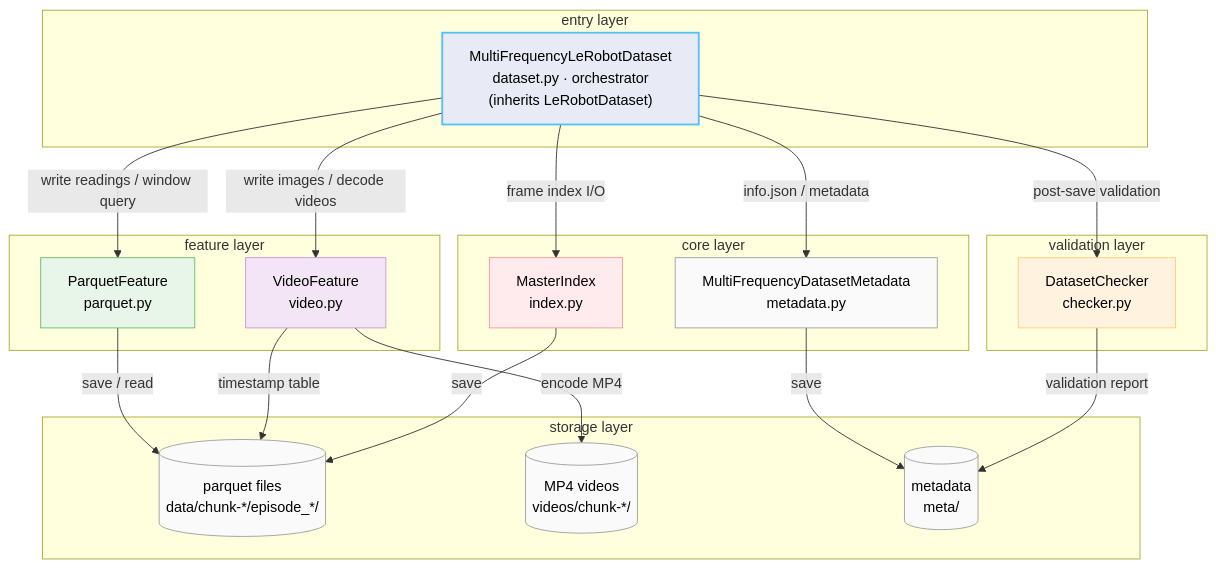
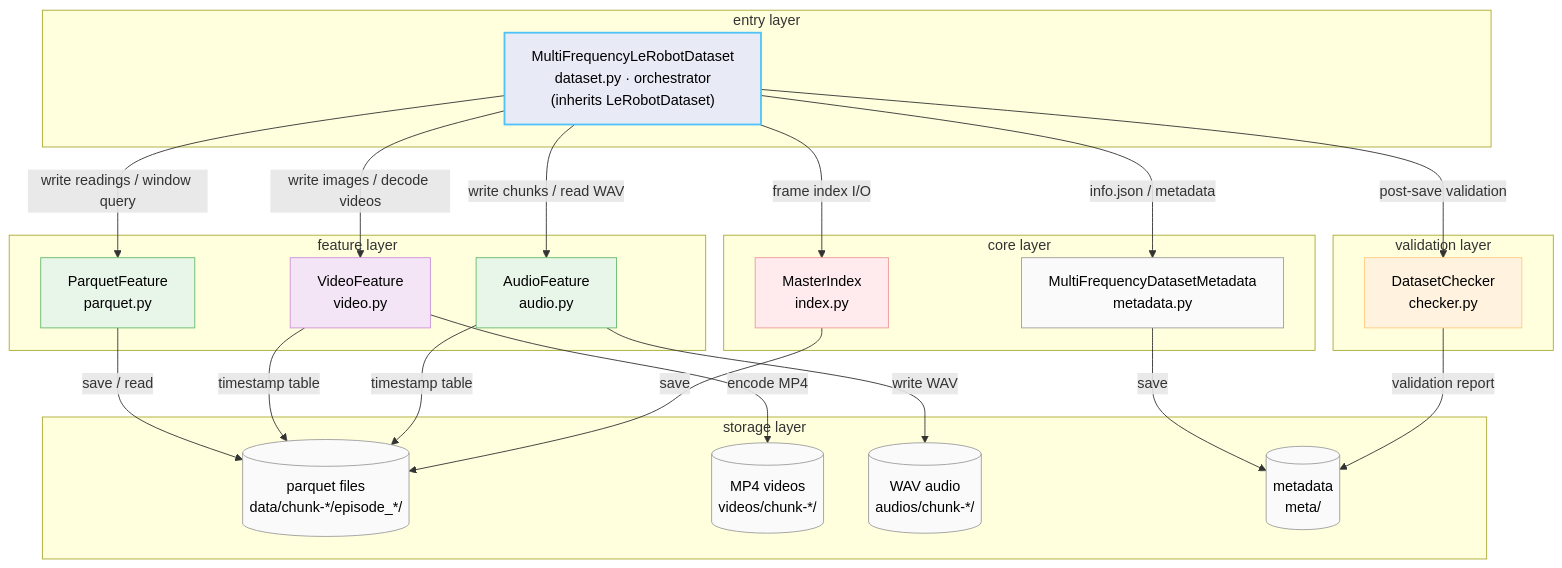
Before and after one commit to Koorye/Multi-Frequency-LeRobot: the fourth of 4 diagrams in README.md, drawn with Mermaid. The commit also changed other lines of this file and 13 other files, not shown here.

````diff
--- a/README.md
+++ b/README.md
@@ -622,48 +668,55 @@
 ```mermaid
 flowchart TB
     subgraph Entry["entry layer"]
         DS["MultiFrequencyLeRobotDataset<br/>dataset.py · orchestrator<br/>(inherits LeRobotDataset)"]
     end
 
     subgraph Core["core layer"]
         IX["MasterIndex<br/>index.py"]
         MD["MultiFrequencyDatasetMetadata<br/>metadata.py"]
     end
 
     subgraph Features["feature layer"]
         PF["ParquetFeature<br/>parquet.py"]
         VF["VideoFeature<br/>video.py"]
+        AuF["AudioFeature<br/>audio.py"]
     end
 
     subgraph Validate["validation layer"]
         CK["DatasetChecker<br/>checker.py"]
     end
 
     subgraph Store["storage layer"]
         PQ[("parquet files<br/>data/chunk-*/episode_*/")]
         MP4[("MP4 videos<br/>videos/chunk-*/")]
+        WAV[("WAV audio<br/>audios/chunk-*/")]
         META[("metadata<br/>meta/")]
     end
 
     DS -->|"frame index I/O"| IX
     DS -->|"info.json / metadata"| MD
     DS -->|"write readings / window query"| PF
     DS -->|"write images / decode videos"| VF
+    DS -->|"write chunks / read WAV"| AuF
     DS -->|"post-save validation"| CK
     PF -->|"save / read"| PQ
     VF -->|"encode MP4"| MP4
     VF -->|"timestamp table"| PQ
+    AuF -->|"write WAV"| WAV
+    AuF -->|"timestamp table"| PQ
     IX -->|"save"| PQ
     MD -->|"save"| META
     CK -->|"validation report"| META
 
     style DS fill:#e8eaf6,stroke:#4fc3f7,stroke-width:2px,color:#000
     style IX fill:#ffebee,stroke:#ef9a9a,color:#000
     style MD fill:#fafafa,stroke:#9e9e9e,color:#000
     style PF fill:#e8f5e9,stroke:#66bb6a,color:#000
     style VF fill:#f3e5f5,stroke:#ce93d8,color:#000
+    style AuF fill:#e8f5e9,stroke:#66bb6a,color:#000
     style CK fill:#fff3e0,stroke:#ffcc80,color:#000
     style PQ fill:#fafafa,stroke:#9e9e9e,color:#000
     style MP4 fill:#fafafa,stroke:#9e9e9e,color:#000
+    style WAV fill:#fafafa,stroke:#9e9e9e,color:#000
     style META fill:#fafafa,stroke:#9e9e9e,color:#000
 ```
````
